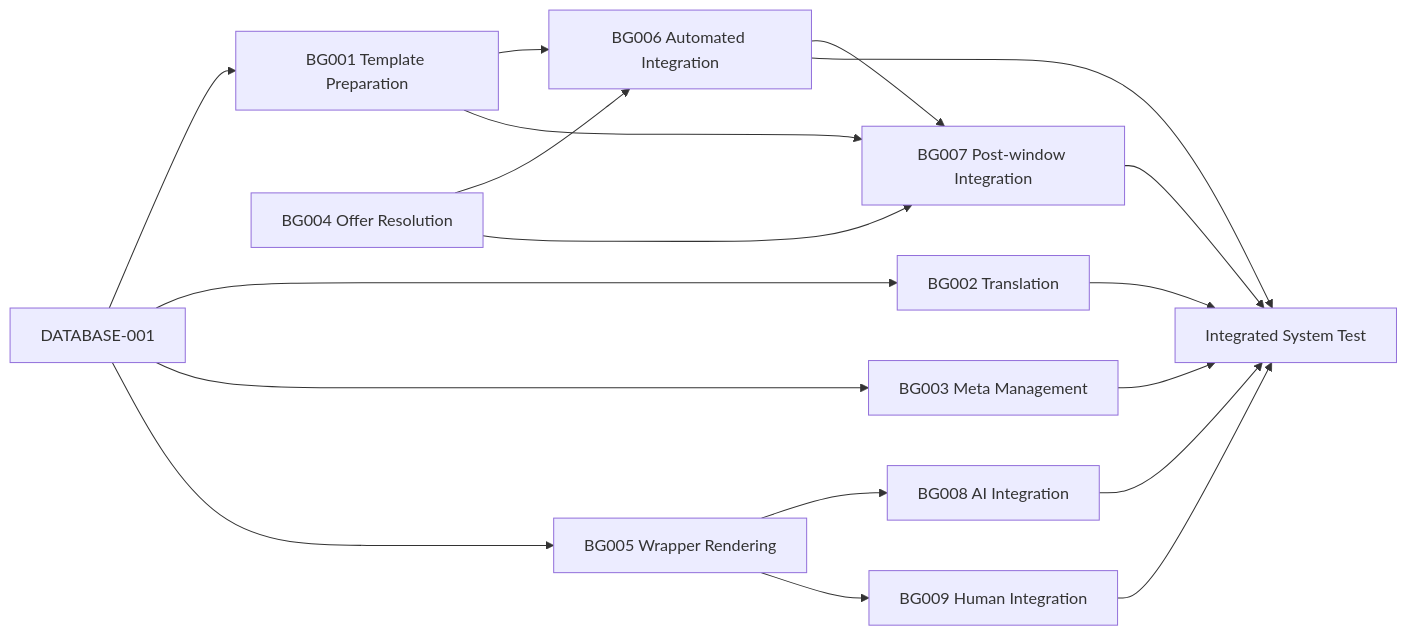
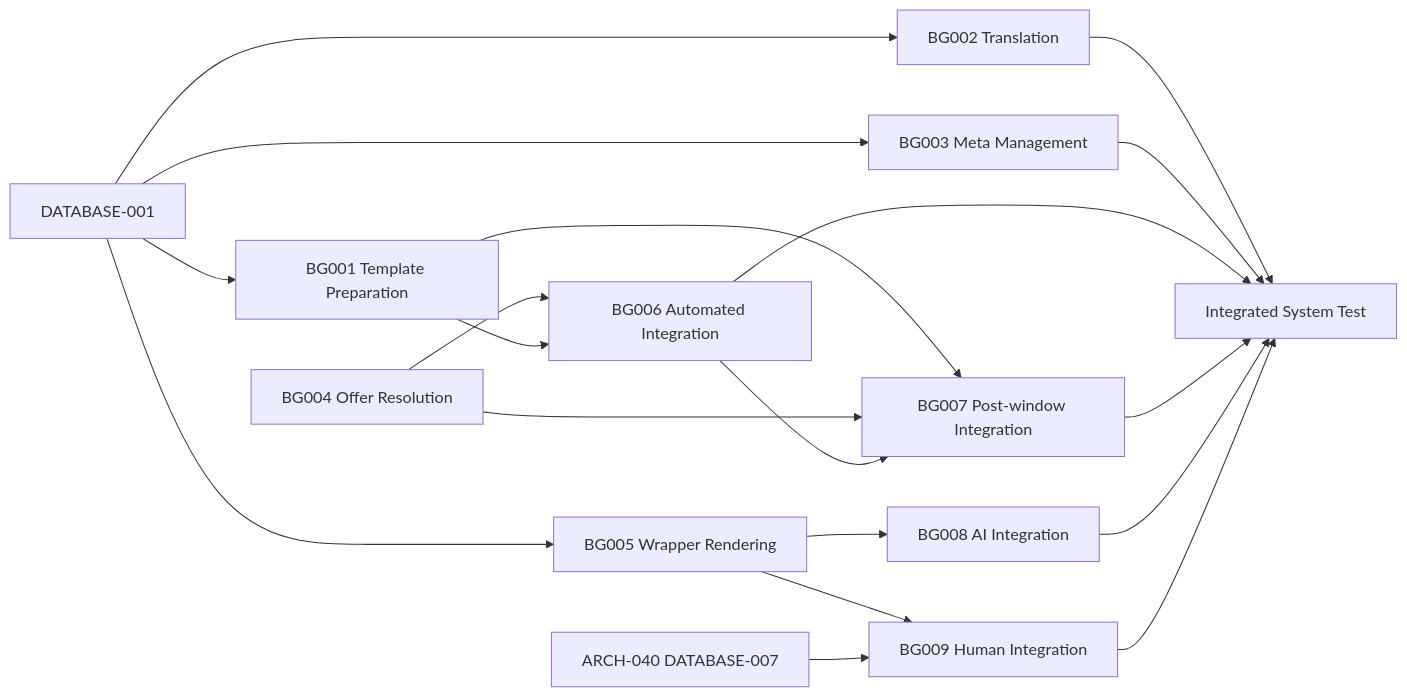
The second of 2 diagrams in docs/architecture/ARCH-047-admin-managed-whatsapp-template-catalogue.md (kodjobaah/moda-interact-workspace), drawn with Mermaid before and after one commit. The commit also changed other lines of this file and 1 other file, not shown here.

First line of the commit message:
ready(ARCH-047-BACKGROUND-009): reconcile database prerequisite

````diff
--- a/docs/architecture/ARCH-047-admin-managed-whatsapp-template-catalogue.md
+++ b/docs/architecture/ARCH-047-admin-managed-whatsapp-template-catalogue.md
@@ -231,20 +231,21 @@
 ```mermaid
 flowchart LR
   DB[DATABASE-001] --> B1[BG001 Template Preparation]
   DB --> B2[BG002 Translation]
   DB --> B3[BG003 Meta Management]
   DB --> B5[BG005 Wrapper Rendering]
   B4[BG004 Offer Resolution] --> B6[BG006 Automated Integration]
   B1 --> B6
   B1 --> B7[BG007 Post-window Integration]
   B4 --> B7
   B6 --> B7
   B5 --> B8[BG008 AI Integration]
   B5 --> B9[BG009 Human Integration]
+  DB40[ARCH-040 DATABASE-007] --> B9
   B2 --> T[Integrated System Test]
   B3 --> T
   B6 --> T
   B7 --> T
   B8 --> T
   B9 --> T
 ```
````
